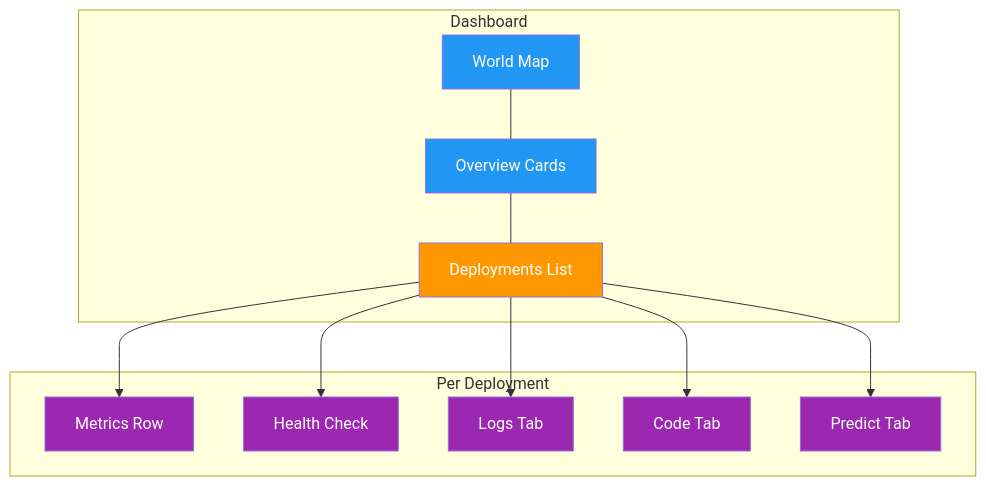
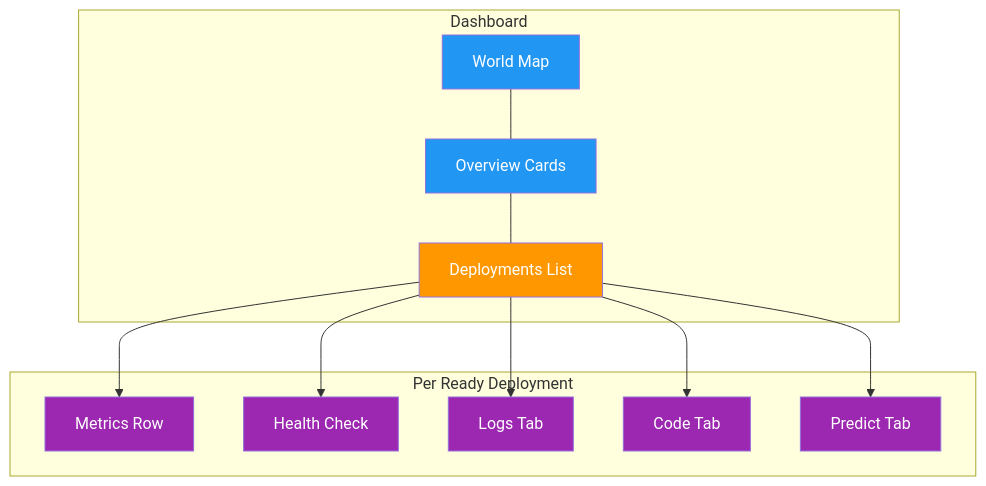
Before and after one commit to Rehman-AD/cv-yolov8-core: the diagram in docs/en/platform/deploy/monitoring.md, drawn with Mermaid. The commit also changed other lines of this file and 6 other files, not shown here.

Commit message:
Align Platform workflow diagrams with the product (#25840)

````diff
--- a/docs/en/platform/deploy/monitoring.md
+++ b/docs/en/platform/deploy/monitoring.md
@@ -19,23 +19,23 @@
 ```mermaid
 graph TB
     subgraph Dashboard
         Map[World Map]:::proc --- Cards[Overview Cards]:::proc
         Cards --- List[Deployments List]:::decide
     end
-    subgraph "Per Deployment"
+    subgraph "Per Ready Deployment"
         Metrics[Metrics Row]:::out
         Health[Health Check]:::out
         Logs[Logs Tab]:::out
         Code[Code Tab]:::out
         Predict[Predict Tab]:::out
     end
     List --> Metrics
     List --> Health
     List --> Logs
     List --> Code
     List --> Predict
 
     classDef proc fill:#2196F3,color:#fff
     classDef decide fill:#FF9800,color:#fff
     classDef out fill:#9C27B0,color:#fff
 ```
````
